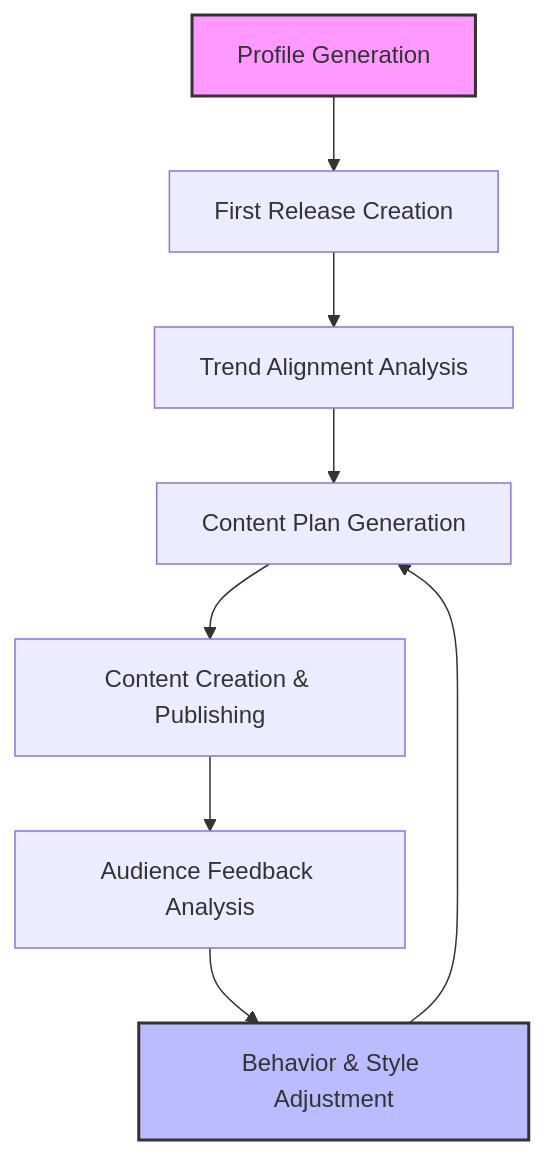
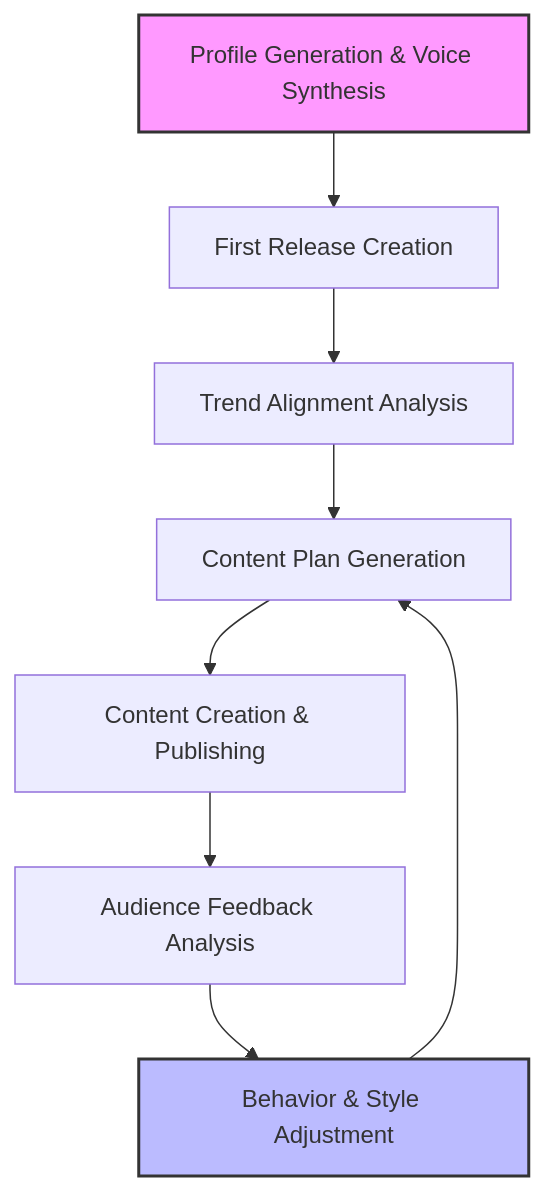
One commit to pavelraiden/noktvrn_ai_artist changed the diagram in ARTIST_FLOW.md. Above: the diagram before and after it, drawn with Mermaid. The commit also changed other lines of this file and 2 other files, not shown here.

````diff
--- a/ARTIST_FLOW.md
+++ b/ARTIST_FLOW.md
@@ -9,13 +9,13 @@
 ```mermaid
 graph TD
-    A[Profile Generation] --> B[First Release Creation]
+    A[Profile Generation & Voice Synthesis] --> B[First Release Creation]
     B --> C[Trend Alignment Analysis]
     C --> D[Content Plan Generation]
     D --> E[Content Creation & Publishing]
     E --> F[Audience Feedback Analysis]
     F --> G[Behavior & Style Adjustment]
     G --> D
-    
+
     style A fill:#f9f,stroke:#333,stroke-width:2px
     style G fill:#bbf,stroke:#333,stroke-width:2px
 ```
````
